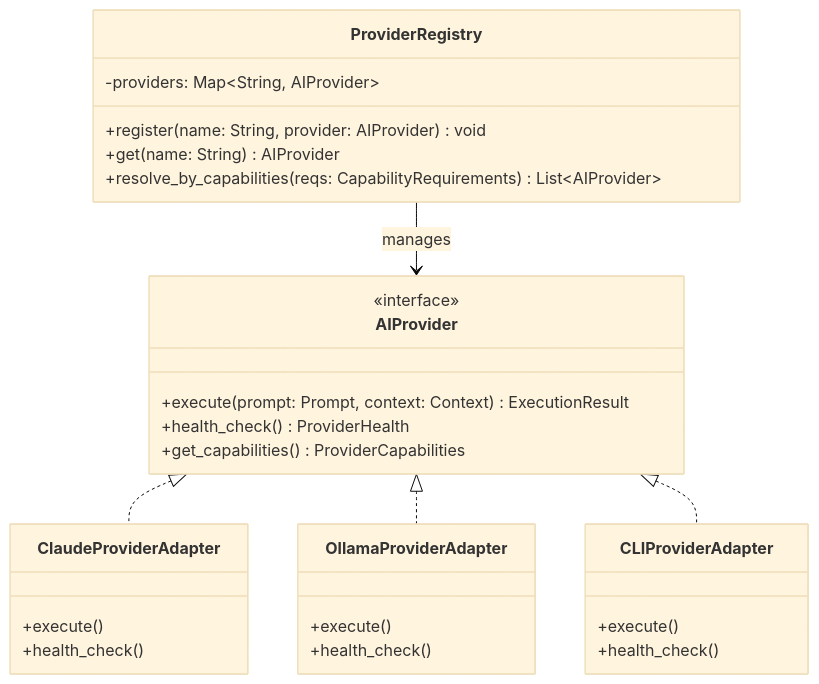
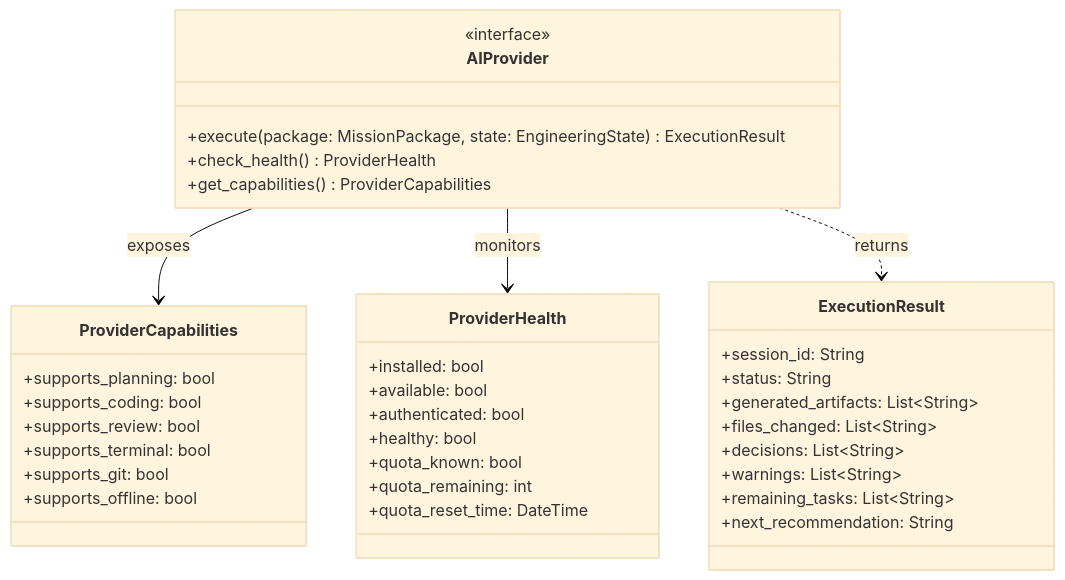
The diagram in docs/adr/ADR-013.md (adityabriananto/flowforge), drawn with Mermaid (base theme) before and after one commit. The commit also changed other lines of this file and 2 other files, not shown here.

Commit message:
feat: refine AI Runtime Architecture (FF-018.0) - release refined RFC-013, ADR-013, sequence diagrams, interface drafts, and update STATUS.md

````diff
--- a/docs/adr/ADR-013.md
+++ b/docs/adr/ADR-013.md
@@ -15,33 +18,41 @@
 ```mermaid
 classDiagram
     direction TB
     class AIProvider {
         <<interface>>
-        +execute(prompt: Prompt, context: Context) ExecutionResult
-        +health_check() ProviderHealth
+        +execute(package: MissionPackage, state: EngineeringState) ExecutionResult
+        +check_health() ProviderHealth
         +get_capabilities() ProviderCapabilities
     }
-    class ProviderRegistry {
-        -providers: Map~String, AIProvider~
-        +register(name: String, provider: AIProvider) void
-        +get(name: String) AIProvider
-        +resolve_by_capabilities(reqs: CapabilityRequirements) List~AIProvider~
+    class ProviderCapabilities {
+        +supports_planning: bool
+        +supports_coding: bool
+        +supports_review: bool
+        +supports_terminal: bool
+        +supports_git: bool
+        +supports_offline: bool
     }
-    class ClaudeProviderAdapter {
-        +execute()
-        +health_check()
+    class ProviderHealth {
+        +installed: bool
+        +available: bool
+        +authenticated: bool
+        +healthy: bool
+        +quota_known: bool
+        +quota_remaining: int
+        +quota_reset_time: DateTime
     }
-    class OllamaProviderAdapter {
-        +execute()
-        +health_check()
-    }
-    class CLIProviderAdapter {
-        +execute()
-        +health_check()
+    class ExecutionResult {
+        +session_id: String
+        +status: String
+        +generated_artifacts: List~String~
+        +files_changed: List~String~
+        +decisions: List~String~
+        +warnings: List~String~
+        +remaining_tasks: List~String~
+        +next_recommendation: String
     }
 
-    AIProvider <|.. ClaudeProviderAdapter
-    AIProvider <|.. OllamaProviderAdapter
-    AIProvider <|.. CLIProviderAdapter
-    ProviderRegistry --> AIProvider : manages
+    AIProvider --> ProviderCapabilities : exposes
+    AIProvider --> ProviderHealth : monitors
+    AIProvider ..> ExecutionResult : returns
 ```
````
